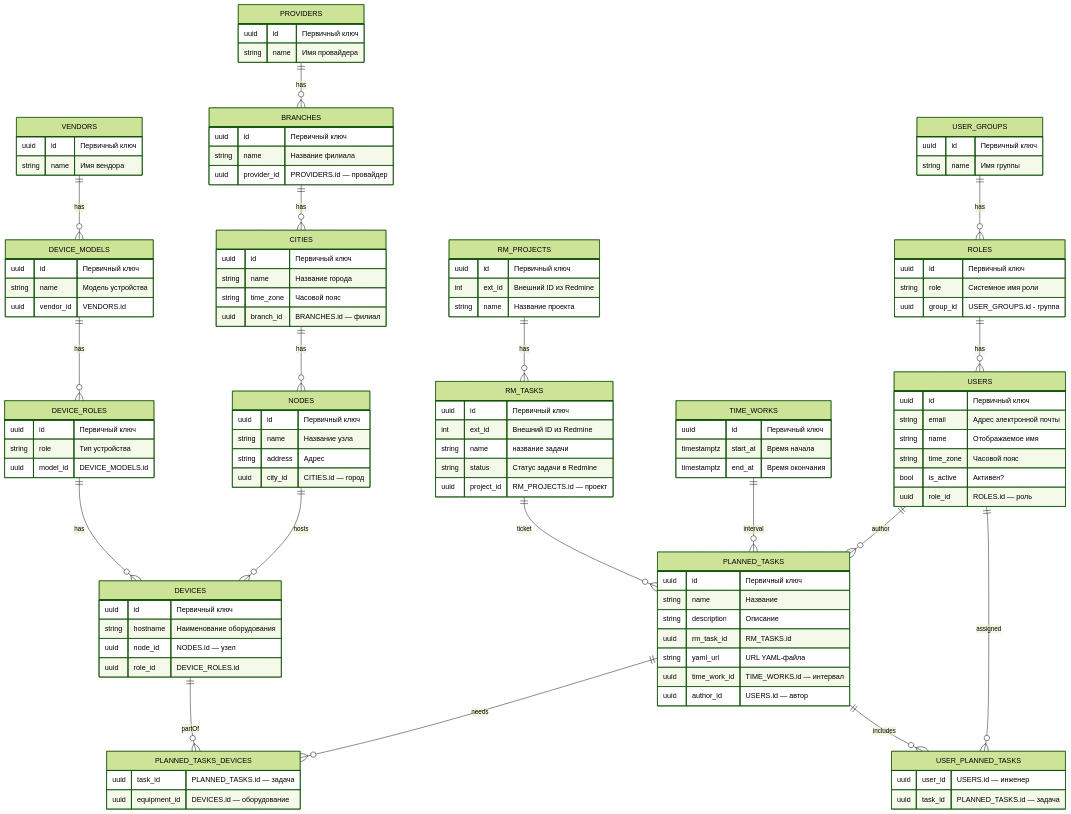
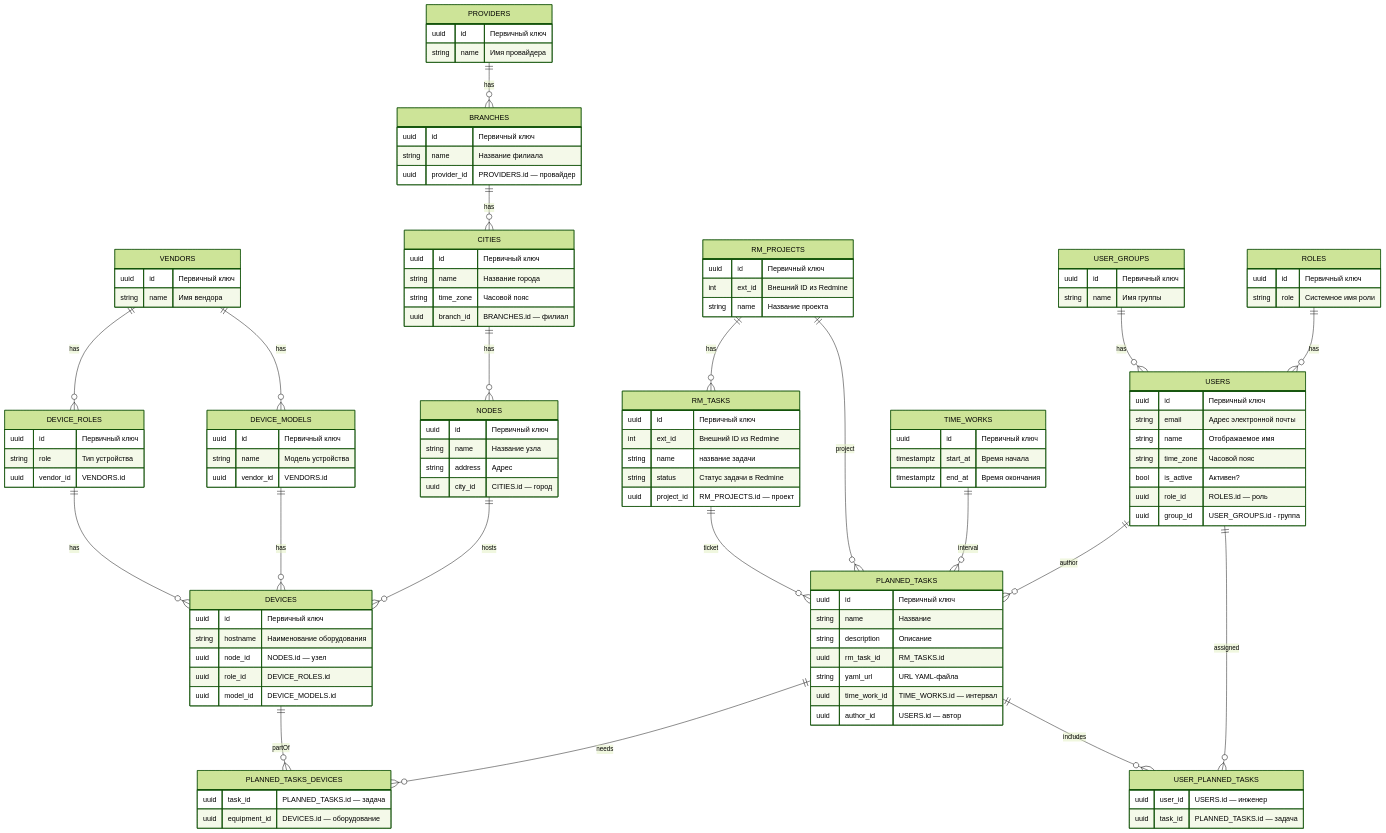
The diagram in project-schemas/hasuraScheme.md (yushachkov01/new_ntPlanner), drawn with Mermaid (forest theme) before and after one commit.

Commit message:
Переделал схему Hasura

````diff
--- a/project-schemas/hasuraScheme.md
+++ b/project-schemas/hasuraScheme.md
@@ -54,7 +54,7 @@
     DEVICE_ROLES {
         uuid   id    "Первичный ключ"
         string role  "Тип устройства"
-        uuid   model_id " DEVICE_MODELS.id"
+        uuid   vendor_id  "VENDORS.id"
     }
 
     DEVICES {
@@ -62,6 +62,7 @@
         string hostname  "Наименование оборудования"
         uuid   node_id   "NODES.id — узел"
         uuid   role_id    "DEVICE_ROLES.id"
+        uuid   model_id " DEVICE_MODELS.id"
 
     }
 
@@ -73,7 +74,6 @@
     ROLES {
         uuid   id    "Первичный ключ"
         string role  "Системное имя роли"
-        uuid   group_id  "USER_GROUPS.id - группа"
     }
 
     USERS {
@@ -83,6 +83,7 @@
         string time_zone    "Часовой пояс"
         bool   is_active    "Активен?"
         uuid   role_id      "ROLES.id — роль"
+        uuid   group_id     "USER_GROUPS.id - группа"
     }
 
     PLANNED_TASKS {
@@ -128,9 +129,11 @@
     DEVICES       ||--o{ PLANNED_TASKS_DEVICES: partOf
 
     RM_PROJECTS   ||--o{ RM_TASKS      : has
+    RM_PROJECTS   ||--o{ PLANNED_TASKS : project
     RM_TASKS      ||--o{ PLANNED_TASKS : ticket
-    USER_GROUPS   ||--o{ ROLES : has
+    USER_GROUPS   ||--o{ USERS : has
+    VENDORS       ||--o{ DEVICE_ROLES : has
     VENDORS       ||--o{ DEVICE_MODELS : has
-    DEVICE_MODELS ||--o{ DEVICE_ROLES : has
+    DEVICE_MODELS ||--o{ DEVICES : has
     DEVICE_ROLES ||--o{ DEVICES : has
 ```
````
